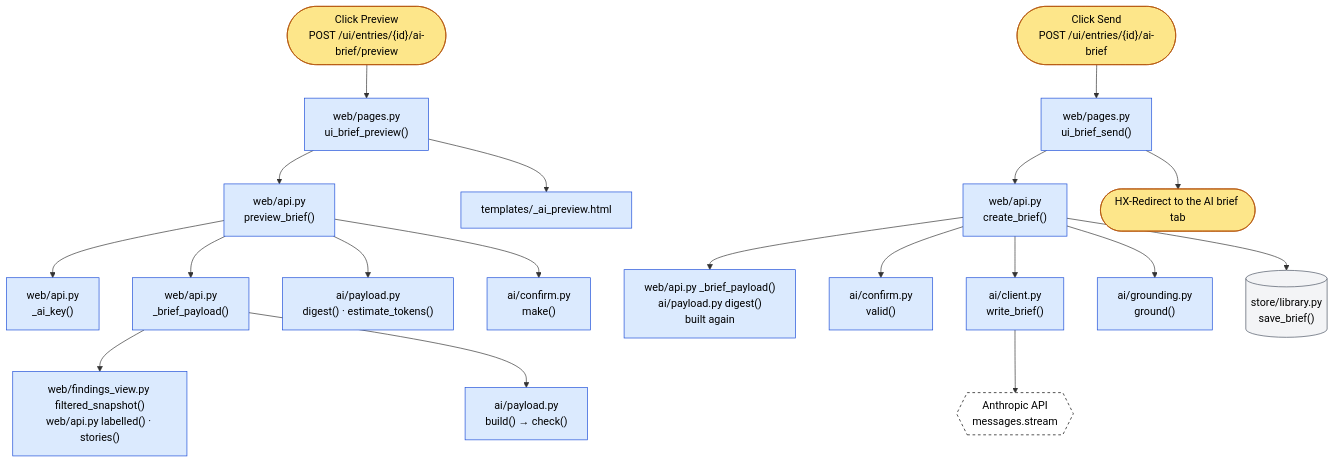
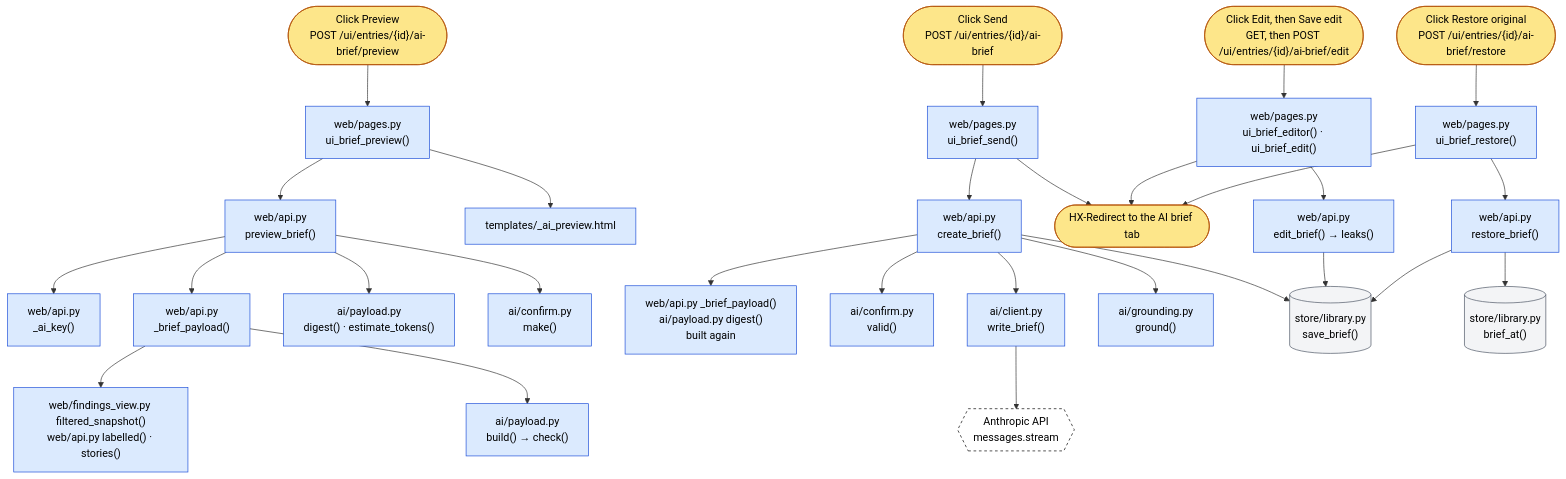
The eighth of 8 diagrams in docs/workflows/call-graph.md (GeorgeMac06/CS2-demo-analyser), drawn with Mermaid before and after one commit. The commit also changed 14 other files, not shown here.

First line of the commit message:
Edit the AI brief before sharing it

````diff
--- a/docs/workflows/call-graph.md
+++ b/docs/workflows/call-graph.md
@@ -247,27 +247,37 @@
 ```mermaid
 flowchart TD
   U1(["Click Preview<br/>POST /ui/entries/{id}/ai-brief/preview"]):::user --> UP["web/pages.py<br/>ui_brief_preview()"]:::web
   UP --> PB["web/api.py<br/>preview_brief()"]:::web
   PB --> AK["web/api.py<br/>_ai_key()"]:::web
   PB --> BP["web/api.py<br/>_brief_payload()"]:::web
   BP --> FS["web/findings_view.py filtered_snapshot()<br/>web/api.py labelled() · stories()"]:::web
   BP --> PBU["ai/payload.py<br/>build() → check()"]:::web
   PB --> DG["ai/payload.py<br/>digest() · estimate_tokens()"]:::web
   PB --> MK["ai/confirm.py<br/>make()"]:::web
   UP --> PV["templates/_ai_preview.html"]:::web
 
   U2(["Click Send<br/>POST /ui/entries/{id}/ai-brief"]):::user --> US["web/pages.py<br/>ui_brief_send()"]:::web
   US --> CB["web/api.py<br/>create_brief()"]:::web
   CB --> BP2["web/api.py _brief_payload()<br/>ai/payload.py digest()<br/>built again"]:::web
   CB --> VA["ai/confirm.py<br/>valid()"]:::web
   CB --> WB["ai/client.py<br/>write_brief()"]:::web
   WB --> ANT{{"Anthropic API<br/>messages.stream"}}:::ext
   CB --> GD["ai/grounding.py<br/>ground()"]:::web
   CB --> SB[("store/library.py<br/>save_brief()")]:::store
   US --> RD(["HX-Redirect to the AI brief tab"]):::user
 
+  U3(["Click Edit, then Save edit<br/>GET, then POST /ui/entries/{id}/ai-brief/edit"]):::user --> UE["web/pages.py<br/>ui_brief_editor() · ui_brief_edit()"]:::web
+  UE --> EB["web/api.py<br/>edit_brief() → leaks()"]:::web
+  U4(["Click Restore original<br/>POST /ui/entries/{id}/ai-brief/restore"]):::user --> UR["web/pages.py<br/>ui_brief_restore()"]:::web
+  UR --> RB["web/api.py<br/>restore_brief()"]:::web
+  EB --> SB
+  RB --> BA[("store/library.py<br/>brief_at()")]:::store
+  RB --> SB
+  UE --> RD
+  UR --> RD
+
   classDef user fill:#fde68a,stroke:#b45309,color:#000
   classDef web fill:#dbeafe,stroke:#1d4ed8,color:#000
   classDef store fill:#f3f4f6,stroke:#4b5563,color:#000
   classDef ext fill:#fff,stroke:#000,color:#000,stroke-dasharray:4
 ```
````
